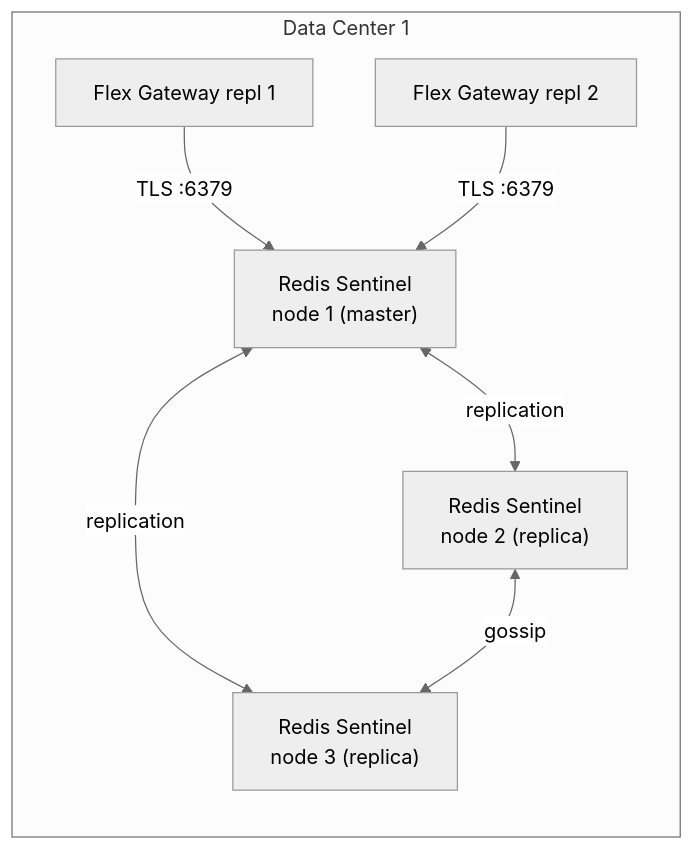
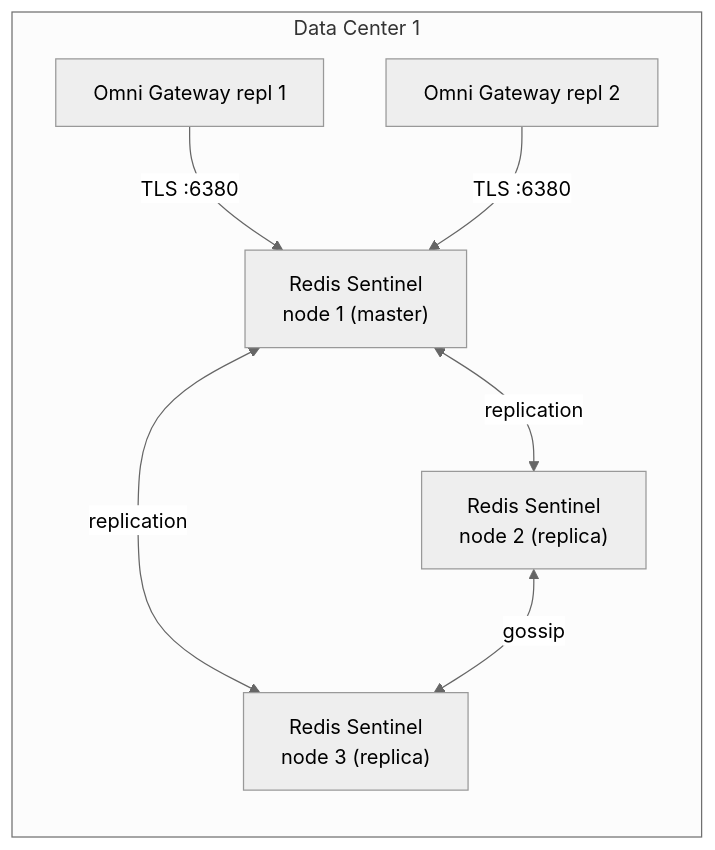
One commit to kantheti73/MulesoftArchitecture changed the second of 2 diagrams in docs/10-redis-cache.md. Above: the diagram before and after it, drawn with Mermaid (neutral theme). The commit also changed other lines of this file and 2 other files, not shown here.

````diff
--- a/docs/10-redis-cache.md
+++ b/docs/10-redis-cache.md
@@ -144,16 +190,16 @@
 ```mermaid
 flowchart LR
     subgraph DC1["Data Center 1"]
-        FG1A["Flex Gateway repl 1"]
-        FG1B["Flex Gateway repl 2"]
+        FG1A["Omni Gateway repl 1"]
+        FG1B["Omni Gateway repl 2"]
         R1["Redis Sentinel<br/>node 1 (master)"]
         R2["Redis Sentinel<br/>node 2 (replica)"]
         R3["Redis Sentinel<br/>node 3 (replica)"]
     end
 
-    FG1A -->|TLS :6379| R1
-    FG1B -->|TLS :6379| R1
+    FG1A -->|TLS :6380| R1
+    FG1B -->|TLS :6380| R1
     R1 <-->|replication| R2
     R1 <-->|replication| R3
     R2 <-->|gossip| R3
 ```
````
